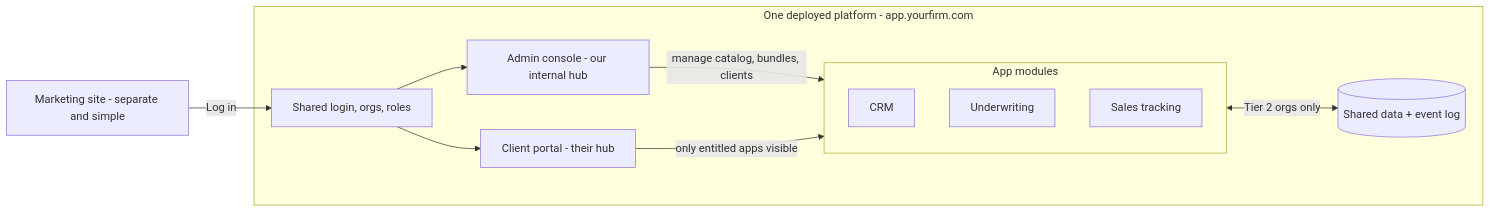
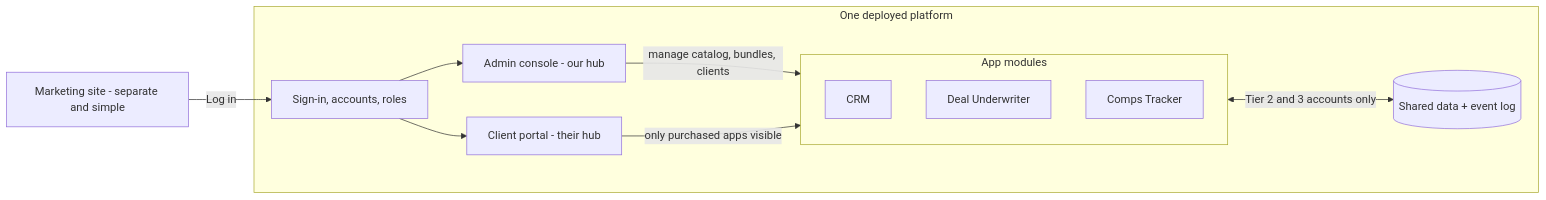
The diagram in ARCHITECTURE-PROPOSAL.md (ezraharris385/CRM-system), drawn with Mermaid before and after one commit. The commit also changed other lines of this file, not shown here.

````diff
--- a/ARCHITECTURE-PROPOSAL.md
+++ b/ARCHITECTURE-PROPOSAL.md
@@ -49,20 +16,20 @@
 ```mermaid
 flowchart LR
   Site[Marketing site - separate and simple] -->|Log in| Auth
-  subgraph Platform["One deployed platform - app.yourfirm.com"]
-    Auth[Shared login, orgs, roles]
-    Admin[Admin console - our internal hub]
+  subgraph Platform["One deployed platform"]
+    Auth[Sign-in, accounts, roles]
+    Admin[Admin console - our hub]
     Portal[Client portal - their hub]
     subgraph Modules["App modules"]
       CRM[CRM]
-      UW[Underwriting]
-      ST[Sales tracking]
+      UW[Deal Underwriter]
+      CT[Comps Tracker]
     end
     Bus[(Shared data + event log)]
   end
   Auth --> Admin
   Auth --> Portal
   Admin -->|manage catalog, bundles, clients| Modules
-  Portal -->|only entitled apps visible| Modules
-  Modules <-->|Tier 2 orgs only| Bus
+  Portal -->|only purchased apps visible| Modules
+  Modules <-->|Tier 2 and 3 accounts only| Bus
 ```
````
